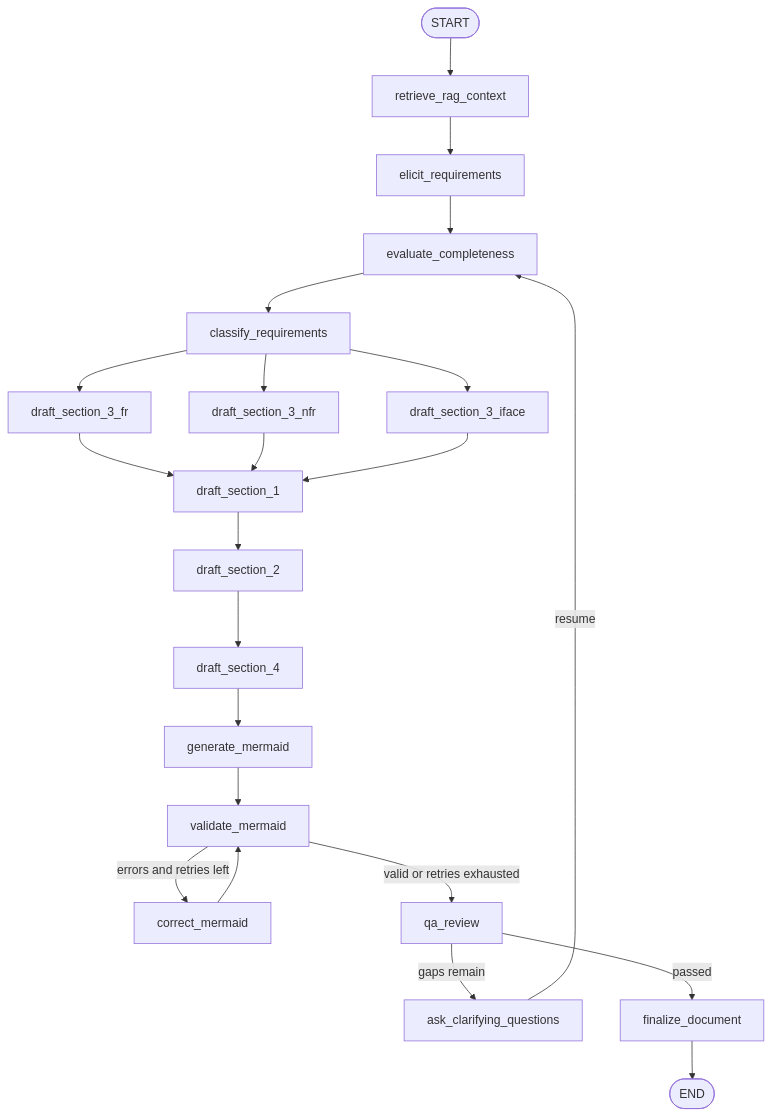
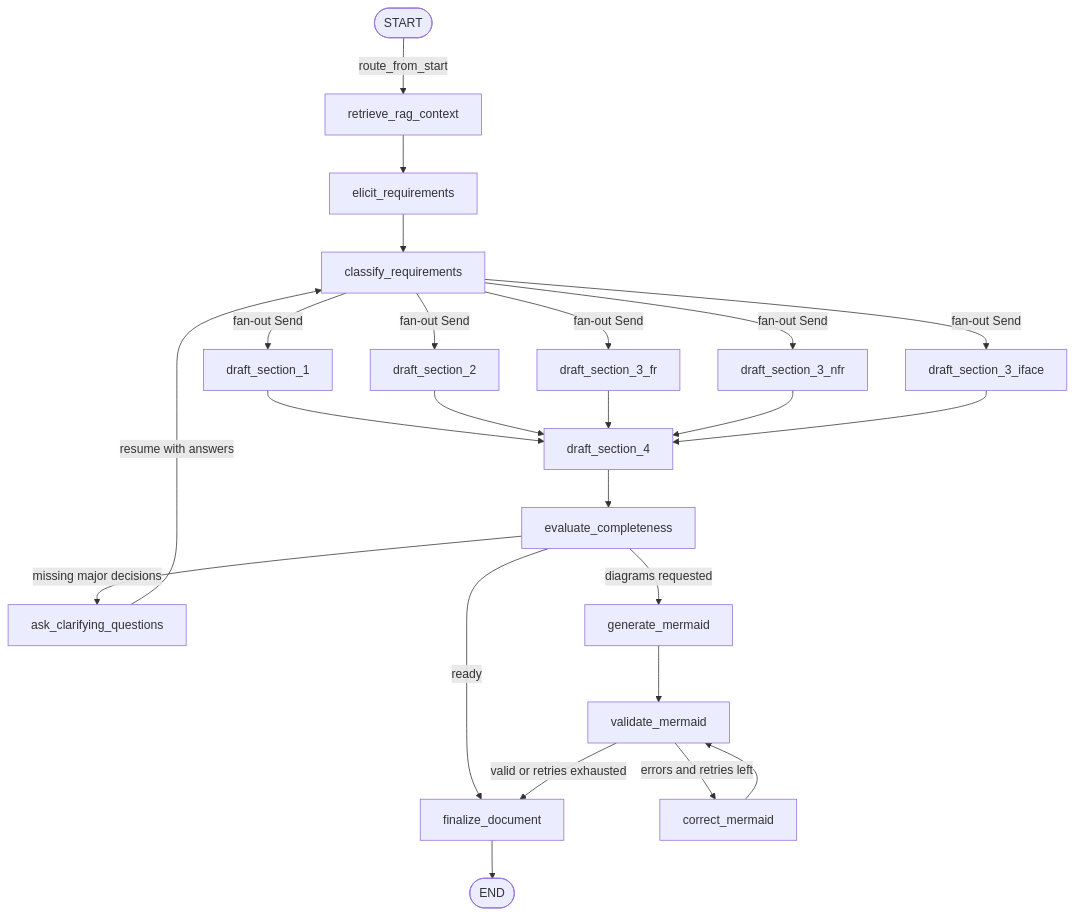
One commit to Ta1al/automated-SRS-generator changed the second of 2 diagrams in README.md. Above: the diagram before and after it, drawn with Mermaid. The commit also changed other lines of this file and 5 other files, not shown here.

````diff
--- a/README.md
+++ b/README.md
@@ -34,22 +84,34 @@
 ```mermaid
 flowchart TD
-    START([START]) --> retrieve_rag_context --> elicit_requirements --> evaluate_completeness --> classify_requirements
+    START([START]) -->|route_from_start| retrieve_rag_context
 
-    classify_requirements --> draft_section_3_fr
-    classify_requirements --> draft_section_3_nfr
-    classify_requirements --> draft_section_3_iface
+    retrieve_rag_context --> elicit_requirements
+    elicit_requirements --> classify_requirements
 
-    draft_section_3_fr --> draft_section_1
-    draft_section_3_nfr --> draft_section_1
-    draft_section_3_iface --> draft_section_1
+    classify_requirements -->|fan-out Send| draft_section_1
+    classify_requirements -->|fan-out Send| draft_section_2
+    classify_requirements -->|fan-out Send| draft_section_3_fr
+    classify_requirements -->|fan-out Send| draft_section_3_nfr
+    classify_requirements -->|fan-out Send| draft_section_3_iface
 
-    draft_section_1 --> draft_section_2 --> draft_section_4 --> generate_mermaid --> validate_mermaid
+    draft_section_1 --> draft_section_4
+    draft_section_2 --> draft_section_4
+    draft_section_3_fr --> draft_section_4
+    draft_section_3_nfr --> draft_section_4
+    draft_section_3_iface --> draft_section_4
 
+    draft_section_4 --> evaluate_completeness
+
+    evaluate_completeness -->|missing major decisions| ask_clarifying_questions
+    ask_clarifying_questions -->|resume with answers| classify_requirements
+
+    evaluate_completeness -->|diagrams requested| generate_mermaid
+    evaluate_completeness -->|ready| finalize_document
+
+    generate_mermaid --> validate_mermaid
     validate_mermaid -->|errors and retries left| correct_mermaid
     correct_mermaid --> validate_mermaid
-    validate_mermaid -->|valid or retries exhausted| qa_review
+    validate_mermaid -->|valid or retries exhausted| finalize_document
 
-    qa_review -->|gaps remain| ask_clarifying_questions
-    ask_clarifying_questions -->|resume| evaluate_completeness
-    qa_review -->|passed| finalize_document --> END([END])
+    finalize_document --> END([END])
 ```
````
